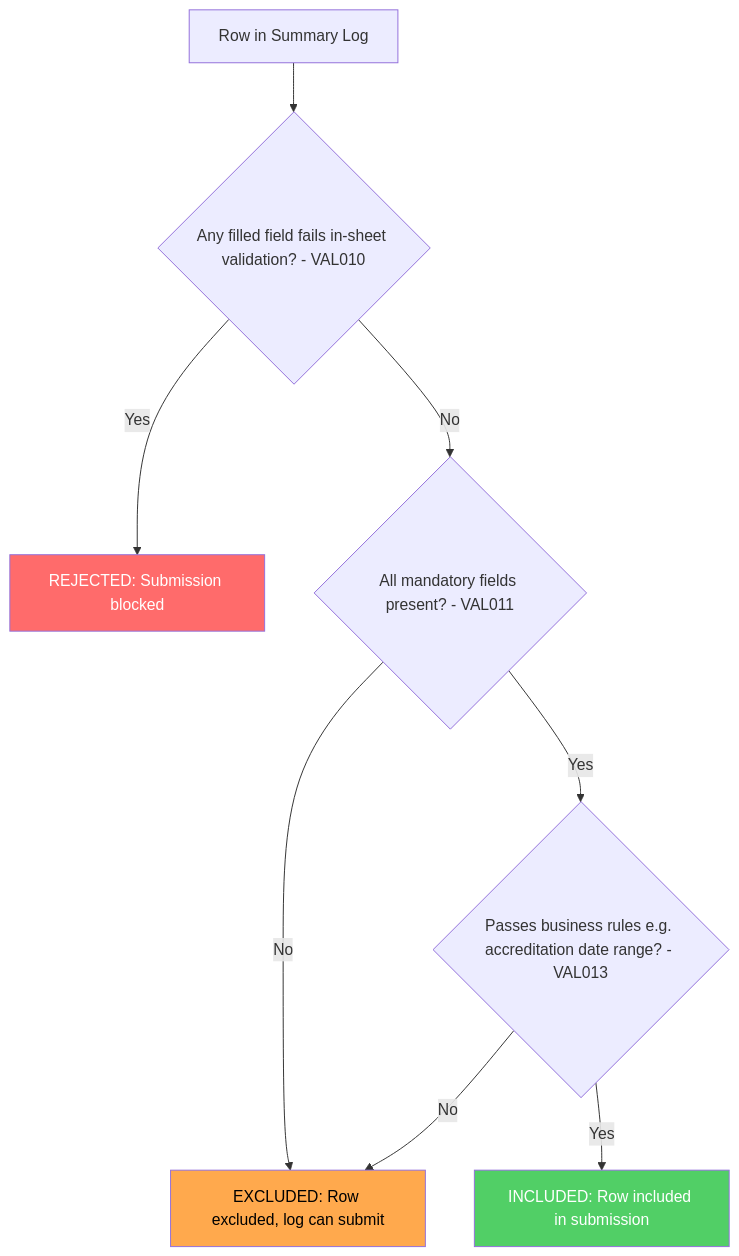
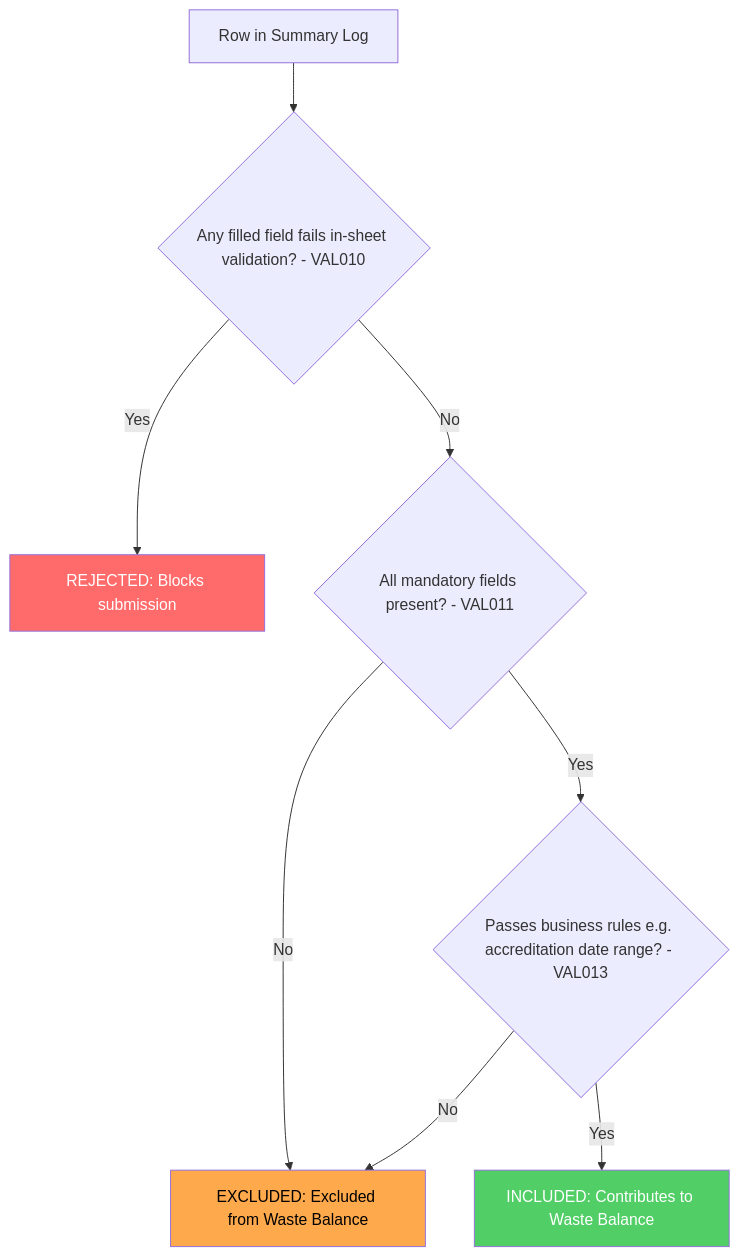
Before and after one commit to DEFRA/epr-re-ex-service: the diagram in docs/architecture/defined/summary-log-row-validation-classification.md, drawn with Mermaid. The commit also changed other lines of this file, not shown here.

First line of the commit message:
docs: clarify INCLUDED/EXCLUDED refers to Waste Balance, not submission

````diff
--- a/docs/architecture/defined/summary-log-row-validation-classification.md
+++ b/docs/architecture/defined/summary-log-row-validation-classification.md
@@ -57,17 +59,17 @@
 ```mermaid
 flowchart TD
     A[Row in Summary Log] --> B{Any filled field fails in-sheet validation? - VAL010}
 
-    B -->|Yes| REJECTED["REJECTED: Submission blocked"]
+    B -->|Yes| REJECTED["REJECTED: Blocks submission"]
     B -->|No| C{All mandatory fields present? - VAL011}
 
-    C -->|No| EXCLUDED["EXCLUDED: Row excluded, log can submit"]
+    C -->|No| EXCLUDED["EXCLUDED: Excluded from Waste Balance"]
     C -->|Yes| D{Passes business rules e.g. accreditation date range? - VAL013}
 
     D -->|No| EXCLUDED
-    D -->|Yes| INCLUDED["INCLUDED: Row included in submission"]
+    D -->|Yes| INCLUDED["INCLUDED: Contributes to Waste Balance"]
 
     style REJECTED fill:#ff6b6b,color:#fff
     style EXCLUDED fill:#ffa94d,color:#000
     style INCLUDED fill:#51cf66,color:#fff
 ```
````
